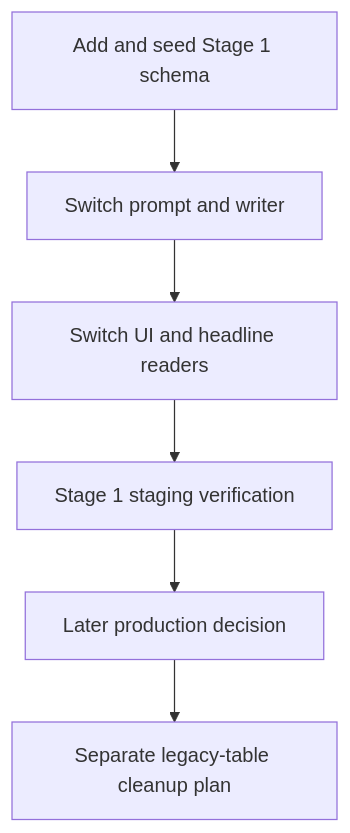
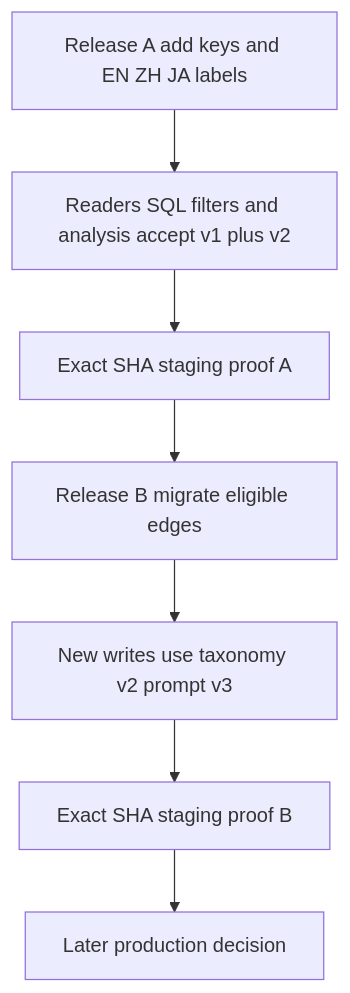
One commit to allenwlee/pushin-weight-v2 changed the third of 4 diagrams in docs/plans/2026-09-08-134925-feat-ai-enrichment-stage1-plan.md. Above: the diagram before and after it, drawn with Mermaid. The commit also changed other lines of this file, not shown here.

First line of the commit message:
docs: plan versioned taxonomy and Japanese label rollout

````diff
--- a/docs/plans/2026-09-08-134925-feat-ai-enrichment-stage1-plan.md
+++ b/docs/plans/2026-09-08-134925-feat-ai-enrichment-stage1-plan.md
@@ -210,8 +269,9 @@
 ```mermaid
 flowchart TB
-  A[Add and seed Stage 1 schema] --> B[Switch prompt and writer]
-  B --> C[Switch UI and headline readers]
-  C --> D[Stage 1 staging verification]
-  D --> E[Later production decision]
-  E --> F[Separate legacy-table cleanup plan]
+  A[Release A add keys and EN ZH JA labels] --> B[Readers SQL filters and analysis accept v1 plus v2]
+  B --> C[Exact SHA staging proof A]
+  C --> D[Release B migrate eligible edges]
+  D --> E[New writes use taxonomy v2 prompt v3]
+  E --> F[Exact SHA staging proof B]
+  F --> G[Later production decision]
 ```
````
